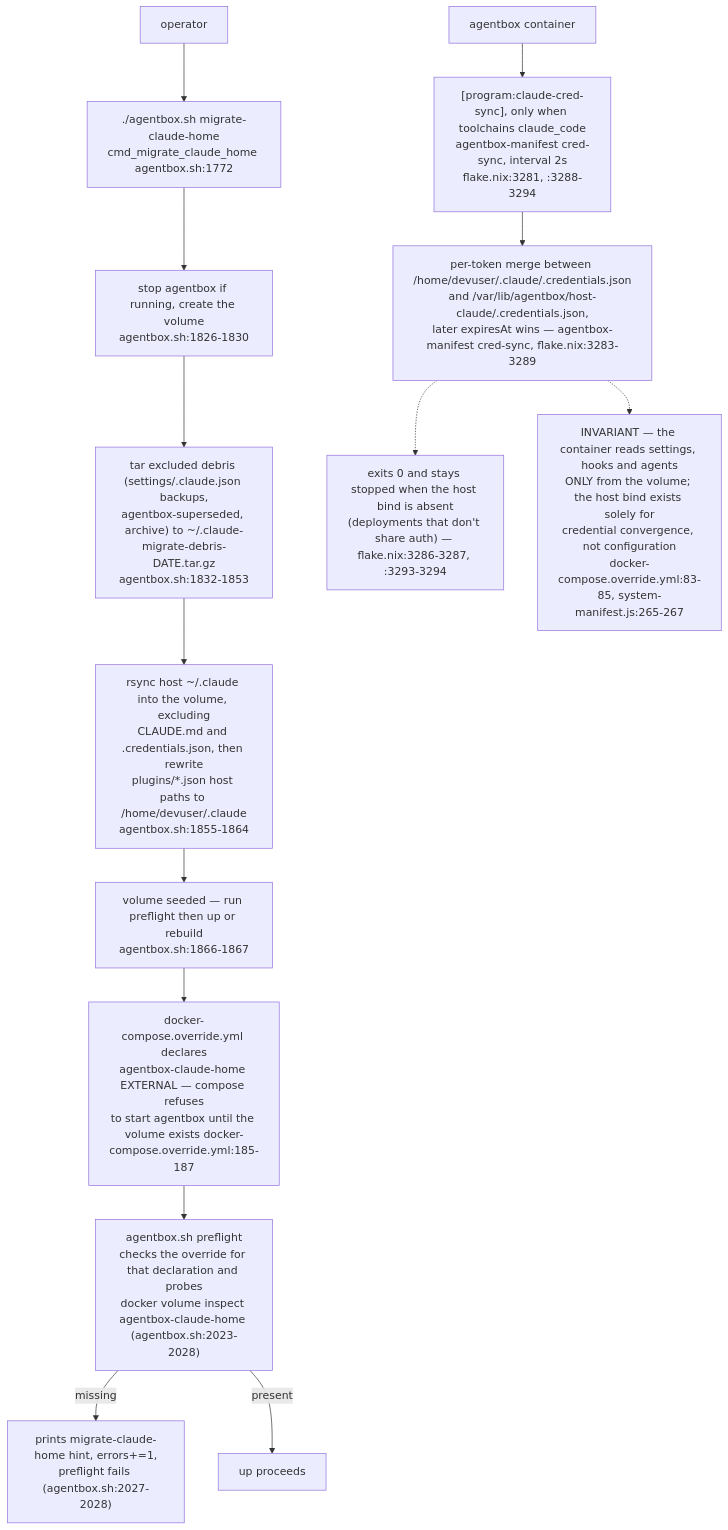
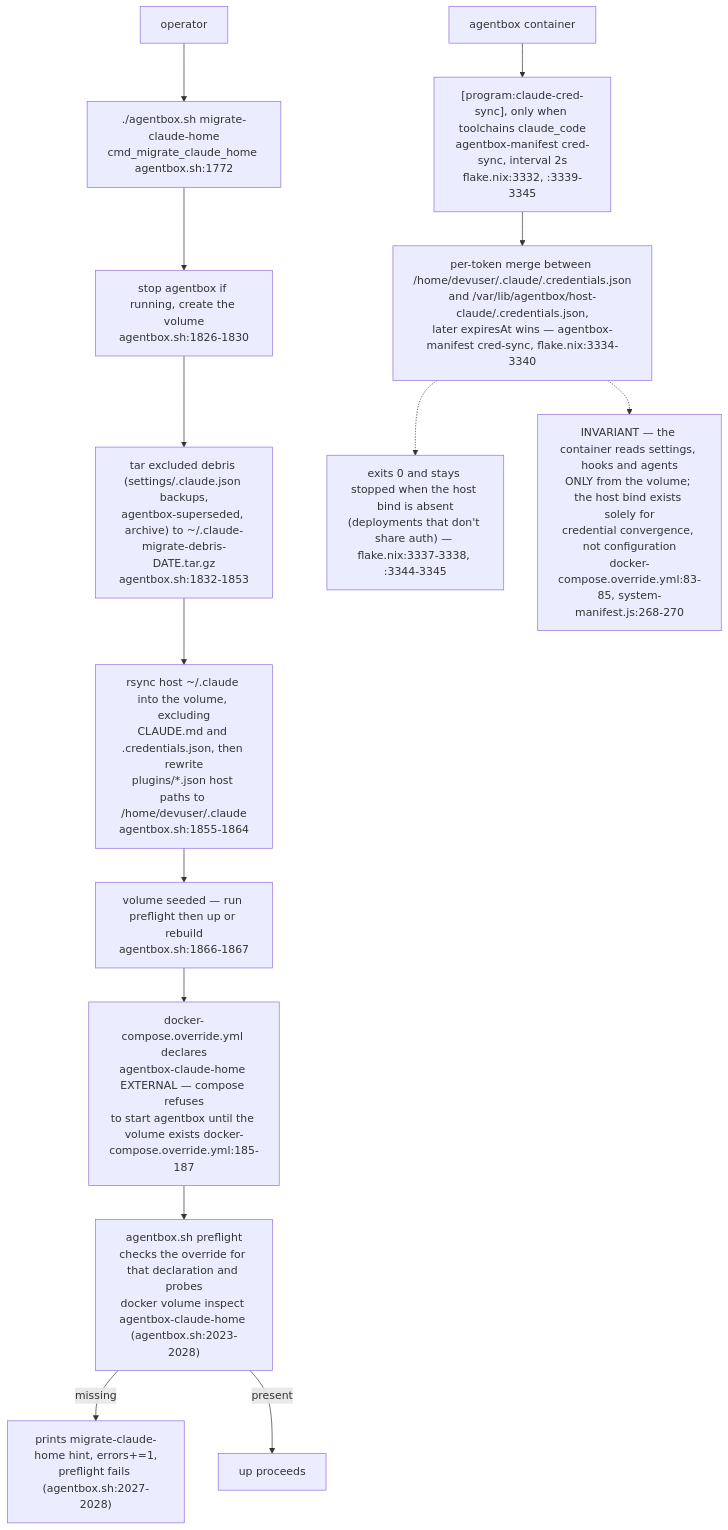
Before and after one commit to DreamLab-AI/VisionFlow: diagram 11 of 14 in docs/diagrams/agentbox/06-sidecars-and-compose-overlays.md, drawn with Mermaid. The commit also changed other lines of this file and 36 other files, not shown here.

First line of the commit message:
docs(diagrams): re-derive and re-stamp agentbox, dream-engine, visioncraft, visiontouch and vowl topics; drop LAN addresses

````diff
--- a/docs/diagrams/agentbox/06-sidecars-and-compose-overlays.md
+++ b/docs/diagrams/agentbox/06-sidecars-and-compose-overlays.md
@@ -324,16 +324,16 @@
 ```mermaid
 flowchart TB
     DEC["docker-compose.override.yml declares<br/>agentbox-claude-home EXTERNAL — compose refuses<br/>to start agentbox until the volume exists docker-compose.override.yml:185-187"] --> PRE["agentbox.sh preflight<br/>checks the override for that declaration and probes<br/>docker volume inspect agentbox-claude-home (agentbox.sh:2023-2028)"]
     PRE -->|"missing"| ERR["prints migrate-claude-home hint, errors+=1,<br/>preflight fails (agentbox.sh:2027-2028)"]
     PRE -->|"present"| OK["up proceeds"]
     OP["operator"] --> MIG["./agentbox.sh migrate-claude-home<br/>cmd_migrate_claude_home agentbox.sh:1772"]
     MIG --> STOP["stop agentbox if running, create the volume<br/>agentbox.sh:1826-1830"]
     STOP --> DEBRIS["tar excluded debris (settings/.claude.json backups,<br/>agentbox-superseded, archive) to ~/.claude-migrate-debris-DATE.tar.gz<br/>agentbox.sh:1832-1853"]
     DEBRIS --> RSYNC["rsync host ~/.claude into the volume, excluding<br/>CLAUDE.md and .credentials.json, then rewrite<br/>plugins/*.json host paths to /home/devuser/.claude<br/>agentbox.sh:1855-1864"]
     RSYNC --> DONE["volume seeded — run preflight then up or rebuild<br/>agentbox.sh:1866-1867"]
     DONE --> DEC
-    AB2["agentbox container"] --> SYNC["[program:claude-cred-sync], only when toolchains claude_code<br/>agentbox-manifest cred-sync, interval 2s<br/>flake.nix:3281, :3288-3294"]
-    SYNC --> MERGE["per-token merge between /home/devuser/.claude/.credentials.json<br/>and /var/lib/agentbox/host-claude/.credentials.json,<br/>later expiresAt wins — agentbox-manifest cred-sync, flake.nix:3283-3289"]
-    MERGE -.-> ABSENT["exits 0 and stays stopped when the host bind is absent<br/>(deployments that don't share auth) — flake.nix:3286-3287, :3293-3294"]
-    MERGE -.-> INV["INVARIANT — the container reads settings, hooks and agents<br/>ONLY from the volume; the host bind exists solely for<br/>credential convergence, not configuration<br/>docker-compose.override.yml:83-85, system-manifest.js:265-267"]
+    AB2["agentbox container"] --> SYNC["[program:claude-cred-sync], only when toolchains claude_code<br/>agentbox-manifest cred-sync, interval 2s<br/>flake.nix:3332, :3339-3345"]
+    SYNC --> MERGE["per-token merge between /home/devuser/.claude/.credentials.json<br/>and /var/lib/agentbox/host-claude/.credentials.json,<br/>later expiresAt wins — agentbox-manifest cred-sync, flake.nix:3334-3340"]
+    MERGE -.-> ABSENT["exits 0 and stays stopped when the host bind is absent<br/>(deployments that don't share auth) — flake.nix:3337-3338, :3344-3345"]
+    MERGE -.-> INV["INVARIANT — the container reads settings, hooks and agents<br/>ONLY from the volume; the host bind exists solely for<br/>credential convergence, not configuration<br/>docker-compose.override.yml:83-85, system-manifest.js:268-270"]
 ```
````
